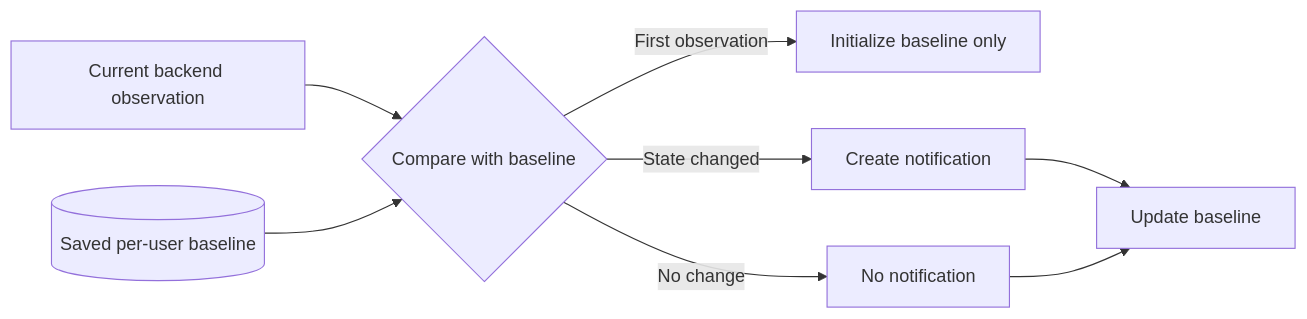
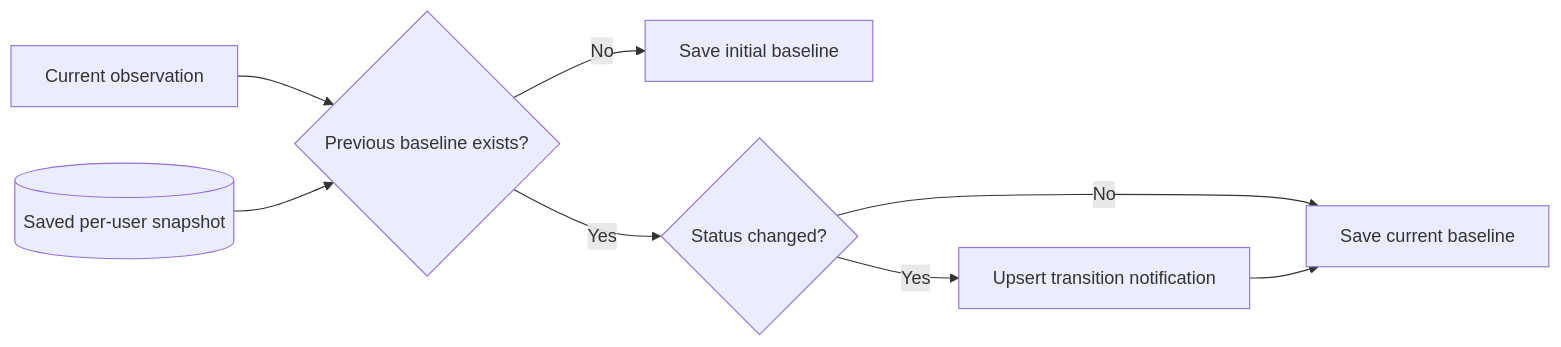
Before and after one commit to SARD-81/Soho_UI: the second of 2 diagrams in docs/04-core-flows/notifications.md, drawn with Mermaid. The commit also changed other lines of this file, not shown here.

Commit message:
docs: align notification flow with current implementation

````diff
--- a/docs/04-core-flows/notifications.md
+++ b/docs/04-core-flows/notifications.md
@@ -85,10 +145,10 @@
 ```mermaid
 flowchart LR
-    NOW[Current backend observation] --> CMP{Compare with baseline}
-    BASE[(Saved per-user baseline)] --> CMP
-    CMP -- First observation --> INIT[Initialize baseline only]
-    CMP -- No change --> KEEP[No notification]
-    CMP -- State changed --> NOTIFY[Create notification]
-    NOTIFY --> SAVE[Update baseline]
-    KEEP --> SAVE
+    CURRENT[Current observation] --> COMPARE{Previous baseline exists?}
+    PREV[(Saved per-user snapshot)] --> COMPARE
+    COMPARE -- No --> INIT[Save initial baseline]
+    COMPARE -- Yes --> CHANGED{Status changed?}
+    CHANGED -- No --> SAVE[Save current baseline]
+    CHANGED -- Yes --> NOTIFY[Upsert transition notification]
+    NOTIFY --> SAVE
 ```
````
